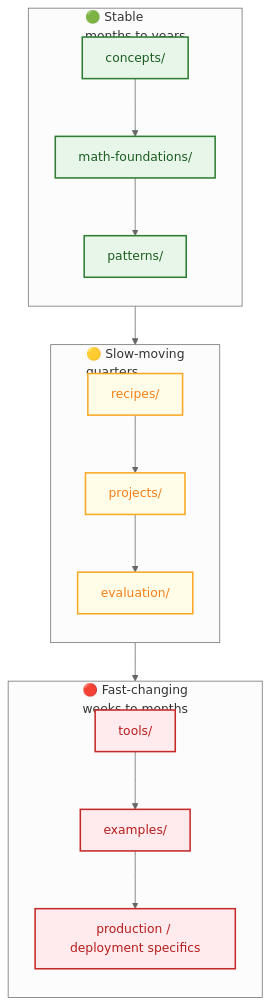
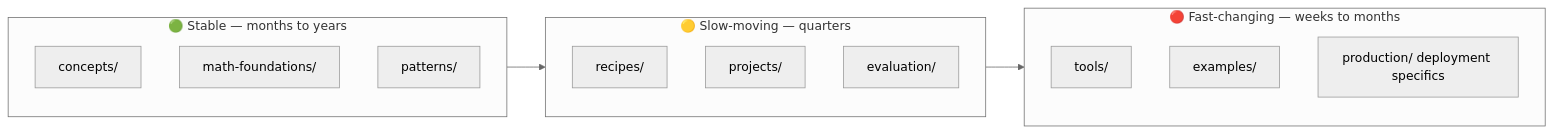
Before and after one commit to MHHamdan/Agentic-AI-Engineer: the second of 2 diagrams in README.md, drawn with Mermaid (neutral theme). The commit also changed other lines of this file and 8 other files, not shown here.

````diff
--- a/README.md
+++ b/README.md
@@ -233,44 +230,20 @@
 ```mermaid
-flowchart TD
-    subgraph Stable["🟢 Stable<br/>months to years"]
-        direction TB
-        S1["concepts/"]
-        S2["math-foundations/"]
-        S3["patterns/"]
-        S1 --> S2
-        S2 --> S3
+flowchart LR
+    subgraph Stable[🟢 Stable — months to years]
+        S1[concepts/]
+        S2[math-foundations/]
+        S3[patterns/]
     end
-
-    subgraph SlowMoving["🟡 Slow-moving<br/>quarters"]
-        direction TB
-        M1["recipes/"]
-        M2["projects/"]
-        M3["evaluation/"]
-        M1 --> M2
-        M2 --> M3
+    subgraph SlowMoving[🟡 Slow-moving — quarters]
+        M1[recipes/]
+        M2[projects/]
+        M3[evaluation/]
     end
-
-    subgraph FastChanging["🔴 Fast-changing<br/>weeks to months"]
-        direction TB
-        F1["tools/"]
-        F2["examples/"]
-        F3["production / deployment specifics"]
-        F1 --> F2
-        F2 --> F3
+    subgraph FastChanging[🔴 Fast-changing — weeks to months]
+        F1[tools/]
+        F2[examples/]
+        F3[production/ deployment specifics]
     end
-
     Stable --> SlowMoving
     SlowMoving --> FastChanging
-
-    classDef stableNode fill:#E8F5E9,stroke:#2E7D32,stroke-width:2px,color:#1B5E20;
-    classDef slowNode fill:#FFFDE7,stroke:#F9A825,stroke-width:2px,color:#F57F17;
-    classDef fastNode fill:#FFEBEE,stroke:#C62828,stroke-width:2px,color:#B71C1C;
-
-    classDef stableGroup fill:#F1F8E9,stroke:#388E3C,stroke-width:2px,color:#1B5E20;
-    classDef slowGroup fill:#FFF8E1,stroke:#F9A825,stroke-width:2px,color:#E65100;
-    classDef fastGroup fill:#FFF5F5,stroke:#D32F2F,stroke-width:2px,color:#B71C1C;
-
-    class S1,S2,S3 stableNode;
-    class M1,M2,M3 slowNode;
-    class F1,F2,F3 fastNode;
 ```
````
